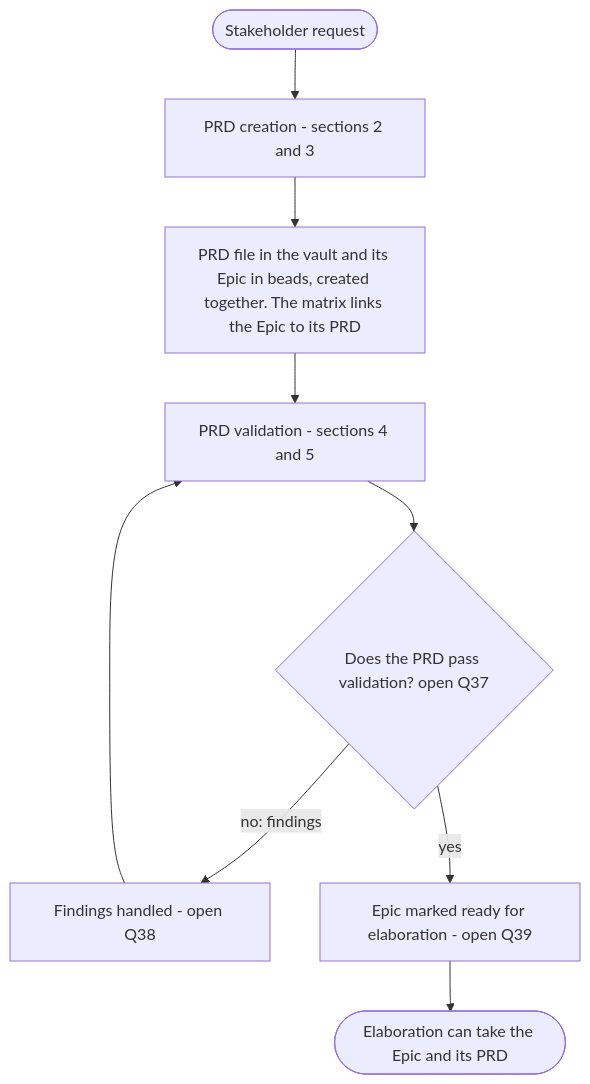
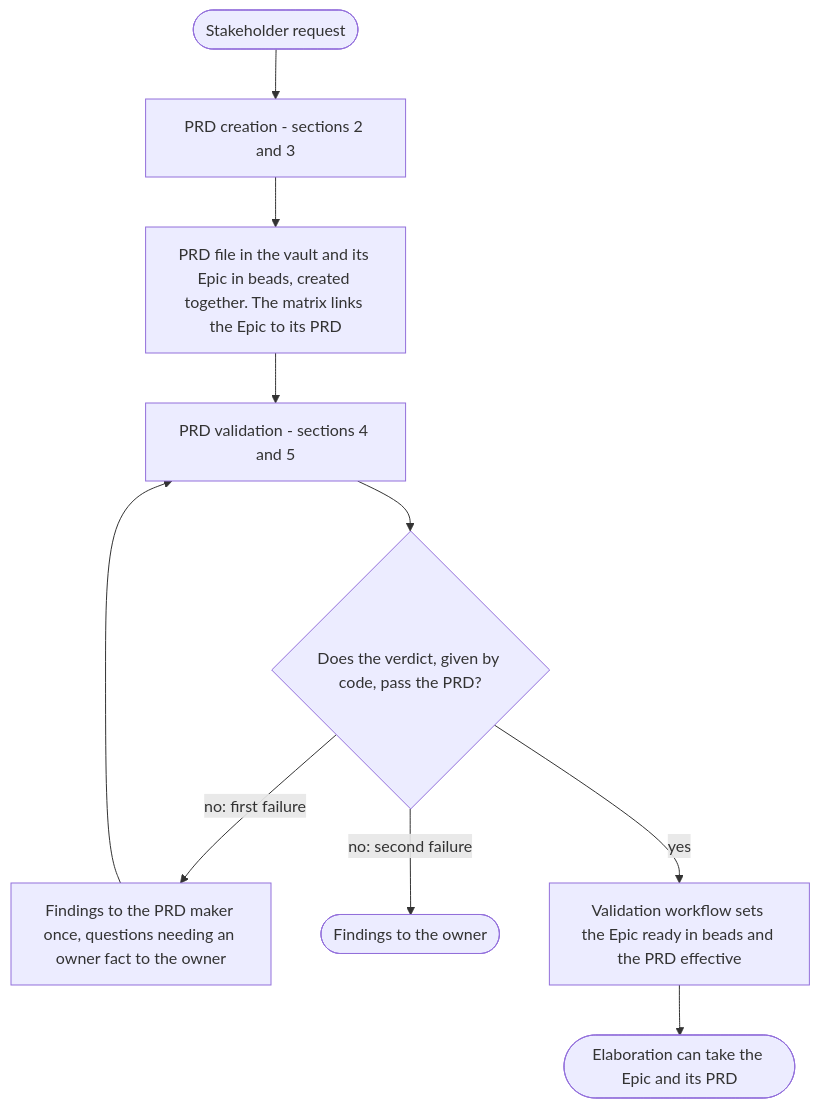
The first of 6 diagrams in plugins/agent-teams-workforce/blueprint/design/pipelines-prd.md (mark-satterfield/toolset), drawn with Mermaid before and after one commit. The commit also changed other lines of this file and 2 other files, not shown here.

First line of the commit message:
docs(blueprint): decide the driver, PRD and deploy questions that are not the owner's

````diff
--- a/plugins/agent-teams-workforce/blueprint/design/pipelines-prd.md
+++ b/plugins/agent-teams-workforce/blueprint/design/pipelines-prd.md
@@ -58,11 +61,12 @@
 ```mermaid
 flowchart TD
     start(["Stakeholder request"]) --> create["PRD creation - sections 2 and 3"]
     create --> pair["PRD file in the vault and its Epic in beads, created together. The matrix links the Epic to its PRD"]
     pair --> validate["PRD validation - sections 4 and 5"]
-    validate --> pass{"Does the PRD pass validation? open Q37"}
-    pass -->|"no: findings"| fix["Findings handled - open Q38"]
+    validate --> pass{"Does the verdict, given by code, pass the PRD?"}
+    pass -->|"no: first failure"| fix["Findings to the PRD maker once, questions needing an owner fact to the owner"]
     fix --> validate
-    pass -->|"yes"| ready["Epic marked ready for elaboration - open Q39"]
+    pass -->|"no: second failure"| owner(["Findings to the owner"])
+    pass -->|"yes"| ready["Validation workflow sets the Epic ready in beads and the PRD effective"]
     ready --> done(["Elaboration can take the Epic and its PRD"])
 ```
````
